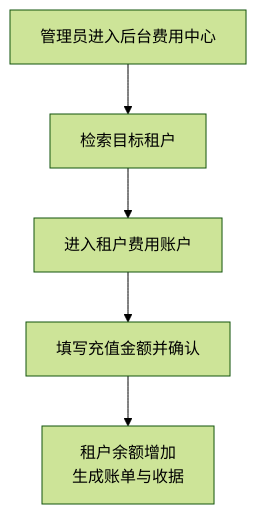
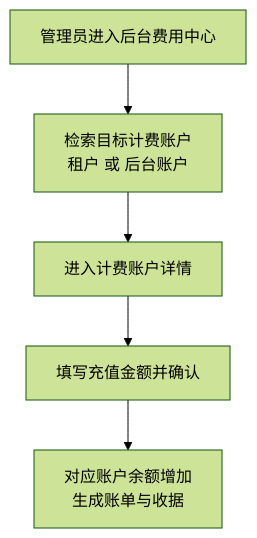
One commit to Deliay/z-agent-gear changed the fourth of 4 diagrams in docs/product/draft/20261027-multi-tenant-phase1.md. Above: the diagram before and after it, drawn with Mermaid (forest theme). The commit also changed other lines of this file and 3 other files, not shown here.

````diff
--- a/docs/product/draft/20261027-multi-tenant-phase1.md
+++ b/docs/product/draft/20261027-multi-tenant-phase1.md
@@ -172,7 +178,7 @@
 ```mermaid
 flowchart TD
-    A[管理员进入后台费用中心] --> B[检索目标租户]
-    B --> C[进入租户费用账户]
+    A[管理员进入后台费用中心] --> B[检索目标计费账户<br/>租户 或 后台账户]
+    B --> C[进入计费账户详情]
     C --> D[填写充值金额并确认]
-    D --> E[租户余额增加<br/>生成账单与收据]
+    D --> E[对应账户余额增加<br/>生成账单与收据]
 ```
````
